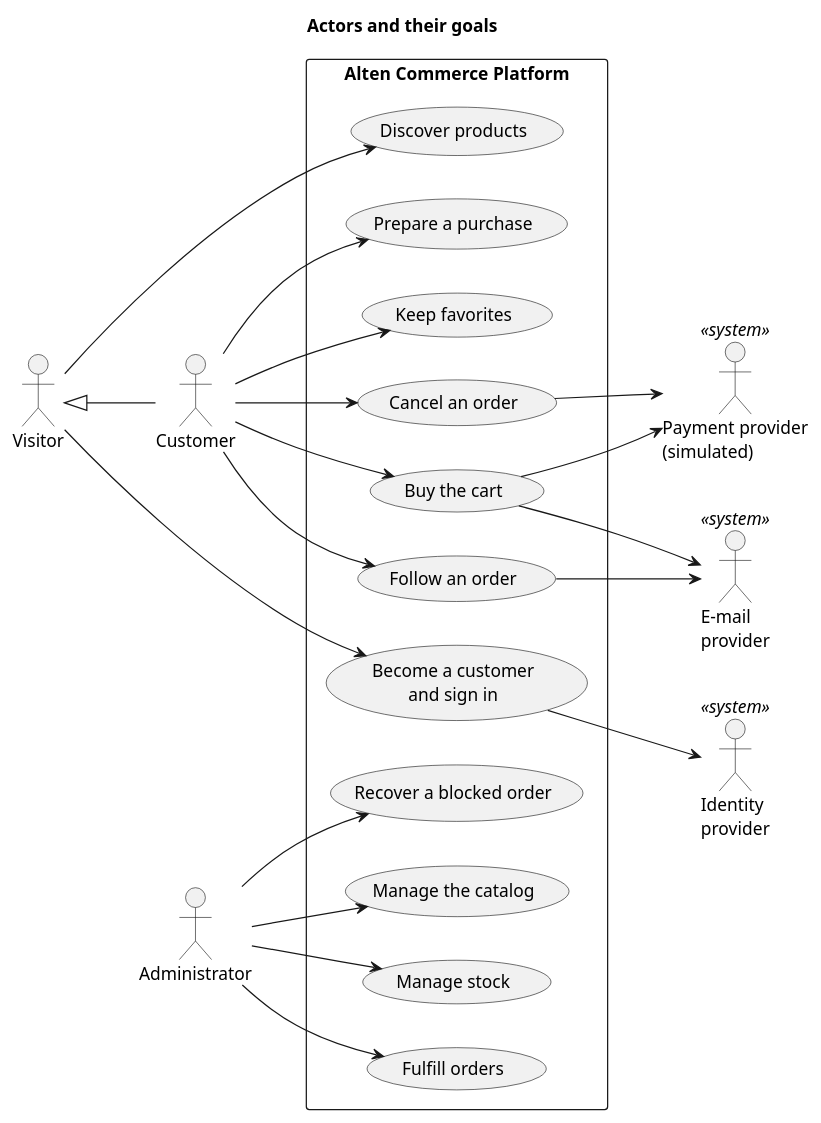
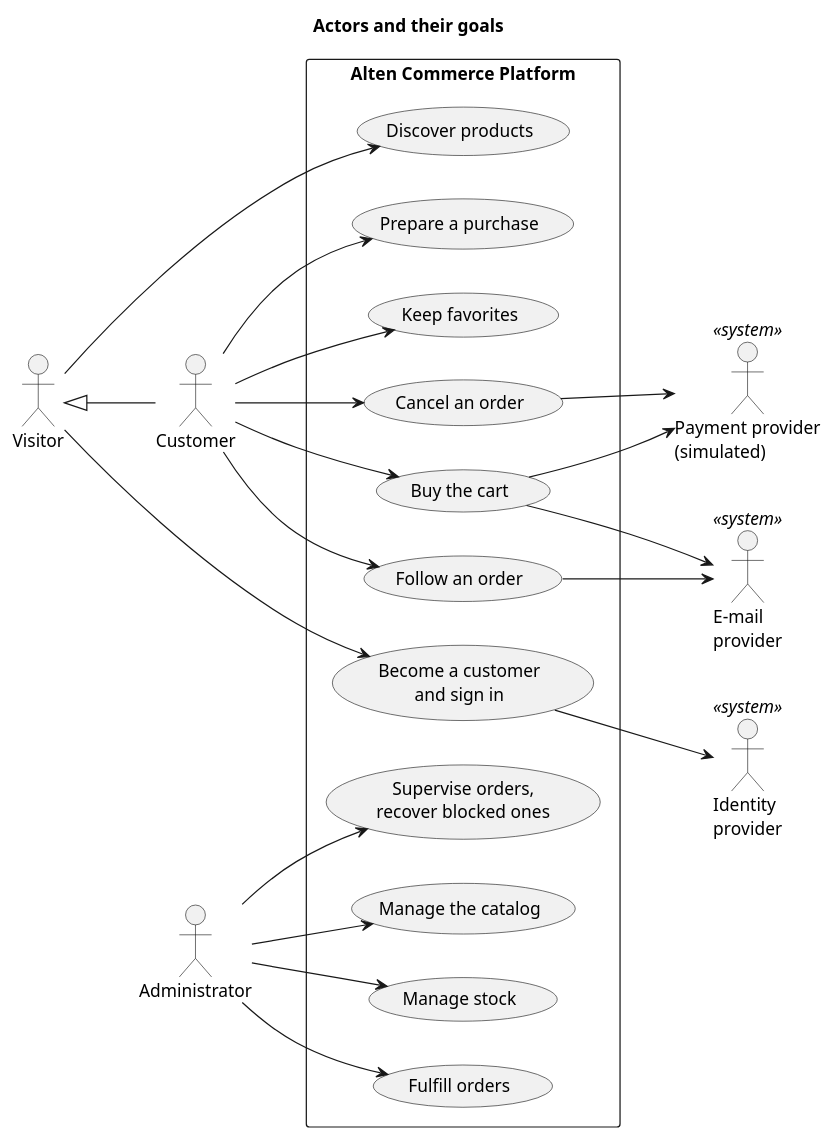
One commit to AxeloLabs/alten-commerce-platform changed the diagram in doc/2-spec/01-business-needs/diagrams/system-context.puml. Above: the diagram before and after it, drawn with PlantUML. The commit also changed 29 other files, not shown here.

```diff
--- a/doc/2-spec/01-business-needs/diagrams/system-context.puml
+++ b/doc/2-spec/01-business-needs/diagrams/system-context.puml
@@ -1,47 +1,47 @@
 @startuml
 title Actors and their goals
 
 left to right direction
 
 actor Visitor as V
 actor Customer as C
 actor Administrator as A
 
 rectangle "Alten Commerce Platform" {
   usecase "Become a customer\nand sign in" as IAM
   usecase "Discover products" as DISC
   usecase "Prepare a purchase" as CART
   usecase "Keep favorites" as FAV
   usecase "Buy the cart" as BUY
   usecase "Follow an order" as FOLLOW
   usecase "Cancel an order" as CANCEL
   usecase "Manage the catalog" as CATALOG
   usecase "Manage stock" as STOCK
   usecase "Fulfill orders" as FULFILL
-  usecase "Recover a blocked order" as RECOVER
+  usecase "Supervise orders,\nrecover blocked ones" as RECOVER
 }
 
 actor "Identity\nprovider" as IDP <<system>>
 actor "Payment provider\n(simulated)" as PSP <<system>>
 actor "E-mail\nprovider" as MAIL <<system>>
 
 V <|-- C
 
 V --> IAM
 V --> DISC
 C --> CART
 C --> FAV
 C --> BUY
 C --> FOLLOW
 C --> CANCEL
 A --> CATALOG
 A --> STOCK
 A --> FULFILL
 A --> RECOVER
 
 IAM --> IDP
 BUY --> PSP
 CANCEL --> PSP
 BUY --> MAIL
 FOLLOW --> MAIL
 @enduml
```
